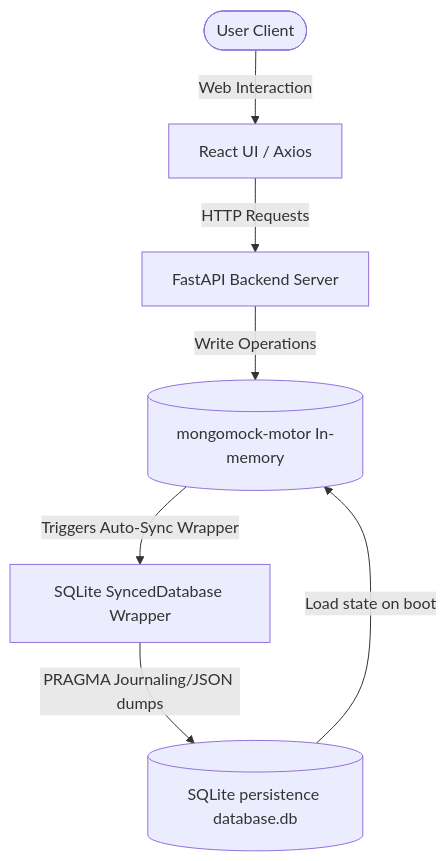
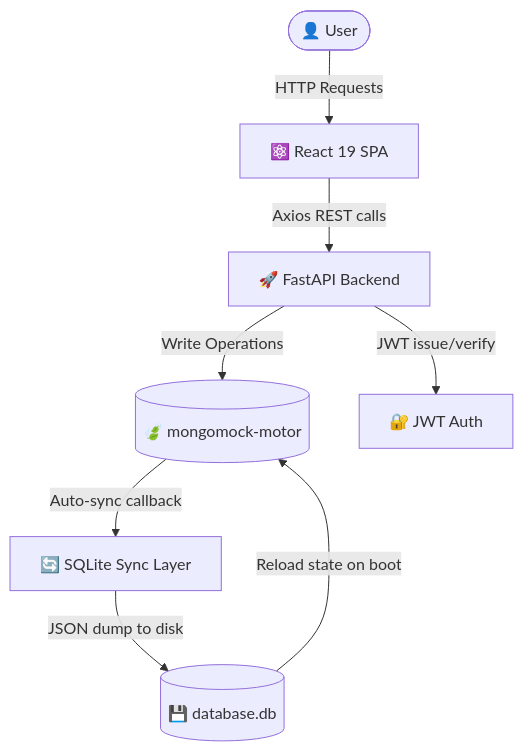
One commit to Praveenofficial12/Inventary-Agent changed the first of 3 diagrams in README.md. Above: the diagram before and after it, drawn with Mermaid. The commit also changed other lines of this file, not shown here.

Commit message:
docs: premium README with badges, tech stack table, AI sample questions, architecture diagrams, and live deploy URL

````diff
--- a/README.md
+++ b/README.md
@@ -12,9 +108,10 @@
 ```mermaid
 graph TD
-    User([User Client]) -->|Web Interaction| React[React UI / Axios]
-    React -->|HTTP Requests| FastAPI[FastAPI Backend Server]
-    FastAPI -->|Write Operations| MockMongo[(mongomock-motor In-memory)]
-    MockMongo -->|Triggers Auto-Sync Wrapper| Sync[SQLite SyncedDatabase Wrapper]
-    Sync -->|PRAGMA Journaling/JSON dumps| SQLite[(SQLite persistence database.db)]
-    SQLite -->|Load state on boot| MockMongo
+    User([👤 User]) -->|HTTP Requests| React[⚛️ React 19 SPA]
+    React -->|Axios REST calls| FastAPI[🚀 FastAPI Backend]
+    FastAPI -->|Write Operations| MockMongo[(🍃 mongomock-motor)]
+    MockMongo -->|Auto-sync callback| SQLiteSync[🔄 SQLite Sync Layer]
+    SQLiteSync -->|JSON dump to disk| SQLite[(💾 database.db)]
+    SQLite -->|Reload state on boot| MockMongo
+    FastAPI -->|JWT issue/verify| AuthLayer[🔐 JWT Auth]
 ```
````
